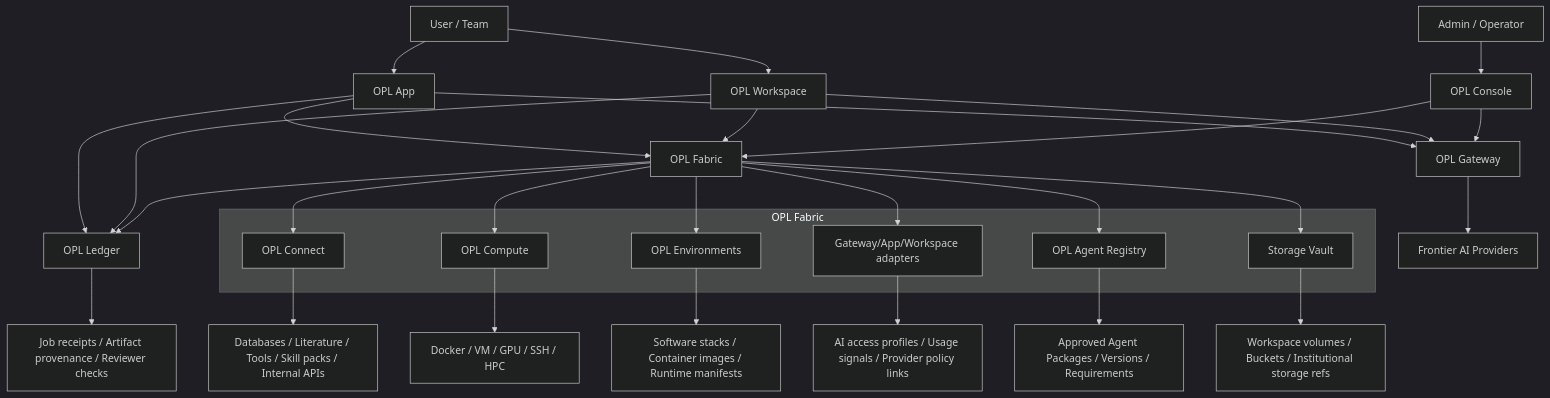
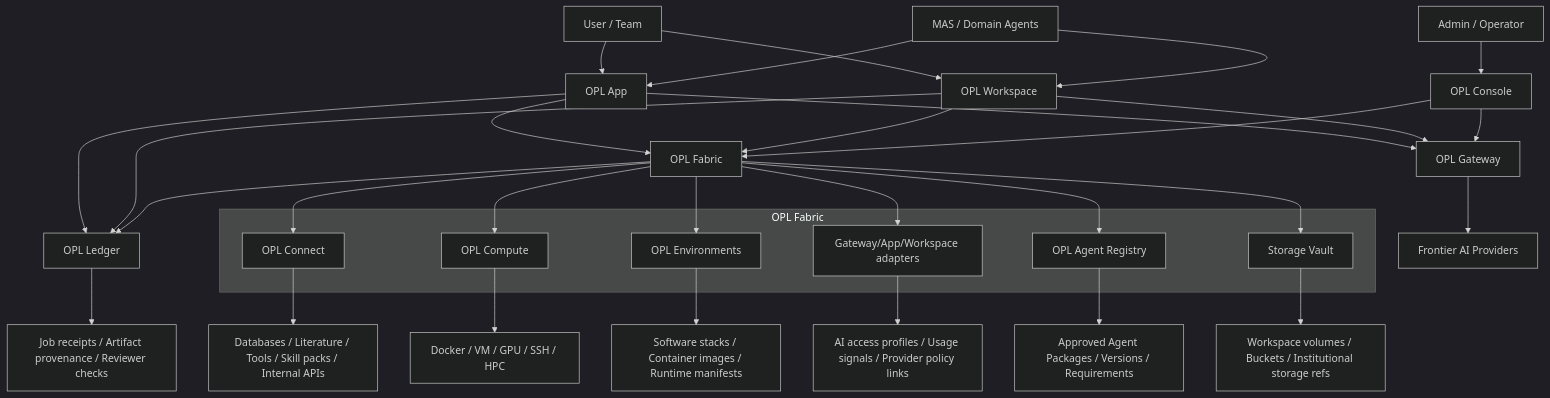
The diagram in docs/architecture.md (gaofeng21cn/one-person-lab-cloud), drawn with Mermaid (dark theme) before and after one commit. The commit also changed other lines of this file and 5 other files, not shown here.

````diff
--- a/docs/architecture.md
+++ b/docs/architecture.md
@@ -16,41 +17,43 @@
 ```mermaid
 flowchart TB
   User[User / Team] --> App[OPL App]
   User --> Workspace[OPL Workspace]
   Admin[Admin / Operator] --> Console[OPL Console]
+  Domain[MAS / Domain Agents] --> App
+  Domain --> Workspace
 
   App --> Gateway[OPL Gateway]
   Workspace --> Gateway[OPL Gateway]
   Console --> Gateway
   App --> Fabric[OPL Fabric]
   Workspace --> Fabric[OPL Fabric]
   Console --> Fabric
   App --> Ledger[OPL Ledger]
   Workspace --> Ledger[OPL Ledger]
   Fabric --> Ledger
 
   subgraph FabricLayer[OPL Fabric]
     Connect[OPL Connect]
     Compute[OPL Compute]
     Env[OPL Environments]
     GatewayAdapters[Gateway/App/Workspace adapters]
     Registry[OPL Agent Registry]
     Storage[Storage Vault]
   end
 
   Fabric --> Connect
   Fabric --> Compute
   Fabric --> Env
   Fabric --> GatewayAdapters
   Fabric --> Registry
   Fabric --> Storage
 
   Gateway --> Models[Frontier AI Providers]
   Connect --> Systems[Databases / Literature / Tools / Skill packs / Internal APIs]
   Compute --> Resources[Docker / VM / GPU / SSH / HPC]
   Env --> Images[Software stacks / Container images / Runtime manifests]
   GatewayAdapters --> Profiles[AI access profiles / Usage signals / Provider policy links]
   Registry --> AgentPackages[Approved Agent Packages / Versions / Requirements]
   Storage --> Data[Workspace volumes / Buckets / Institutional storage refs]
   Ledger --> Evidence[Job receipts / Artifact provenance / Reviewer checks]
 ```
````
